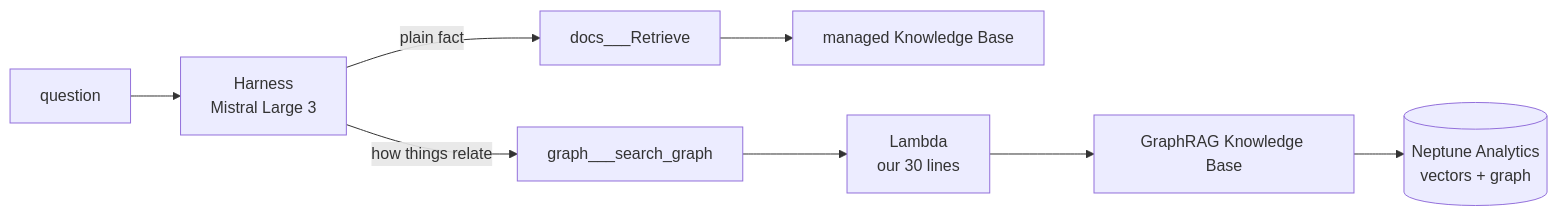
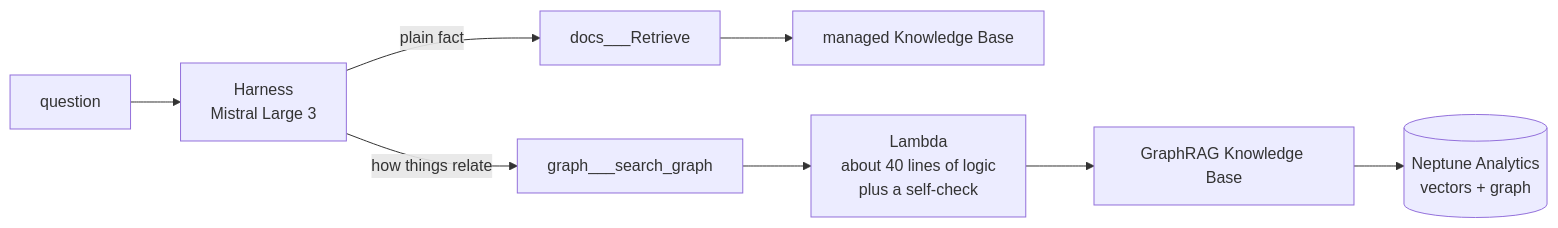
One commit to yashzord/Docs_Copilot changed the diagram in docs/learning/D4.md. Above: the diagram before and after it, drawn with Mermaid. The commit also changed 10 other files, not shown here.

````diff
--- a/docs/learning/D4.md
+++ b/docs/learning/D4.md
@@ -15,7 +15,7 @@
 ```mermaid
 flowchart LR
     Q[question] --> H[Harness<br/>Mistral Large 3]
     H -->|plain fact| D[docs___Retrieve] --> K1[managed Knowledge Base]
-    H -->|how things relate| G[graph___search_graph] --> L[Lambda<br/>our 30 lines] --> K2[GraphRAG Knowledge Base]
+    H -->|how things relate| G[graph___search_graph] --> L[Lambda<br/>about 40 lines of logic<br/>plus a self-check] --> K2[GraphRAG Knowledge Base]
     K2 --> N[(Neptune Analytics<br/>vectors + graph)]
 ```
````
